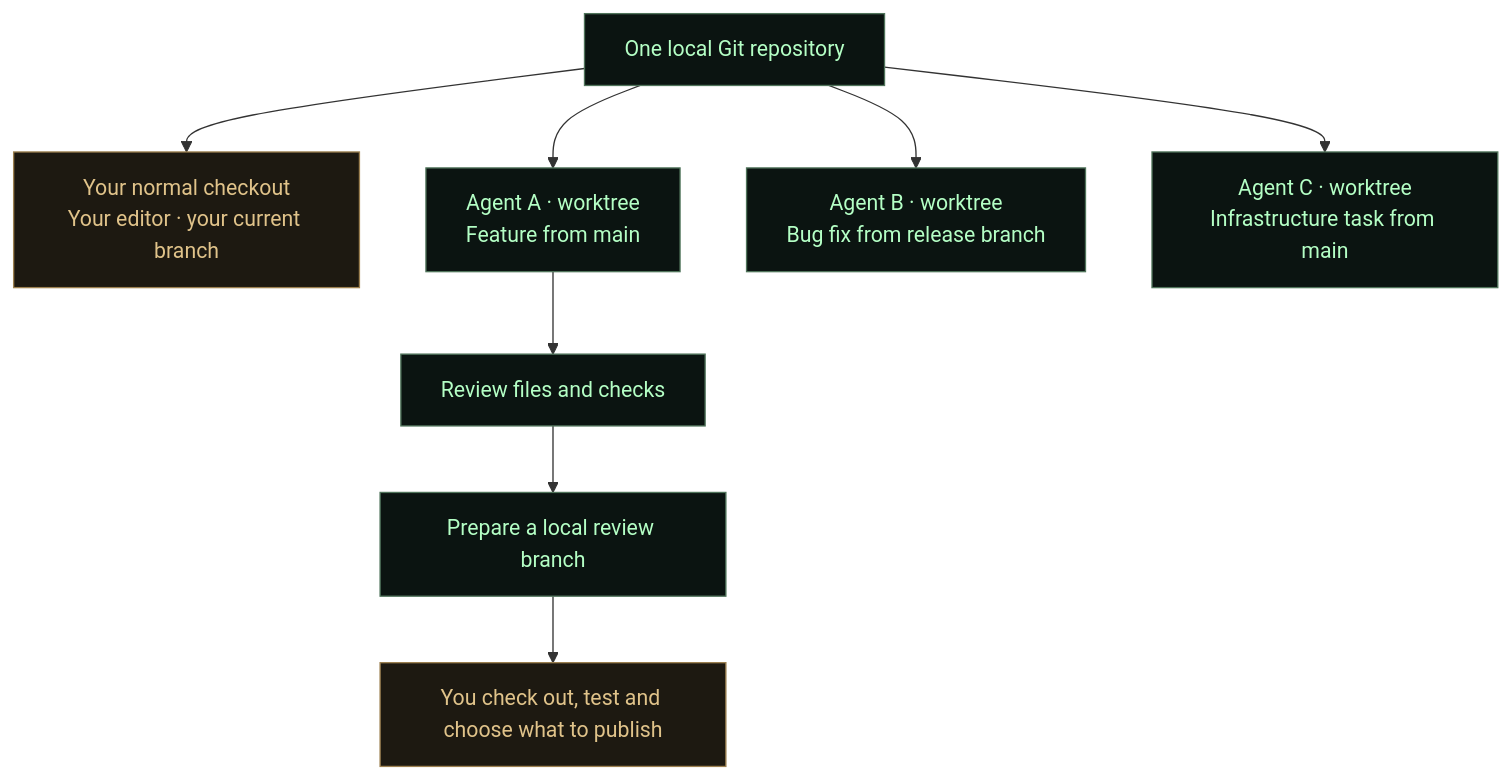
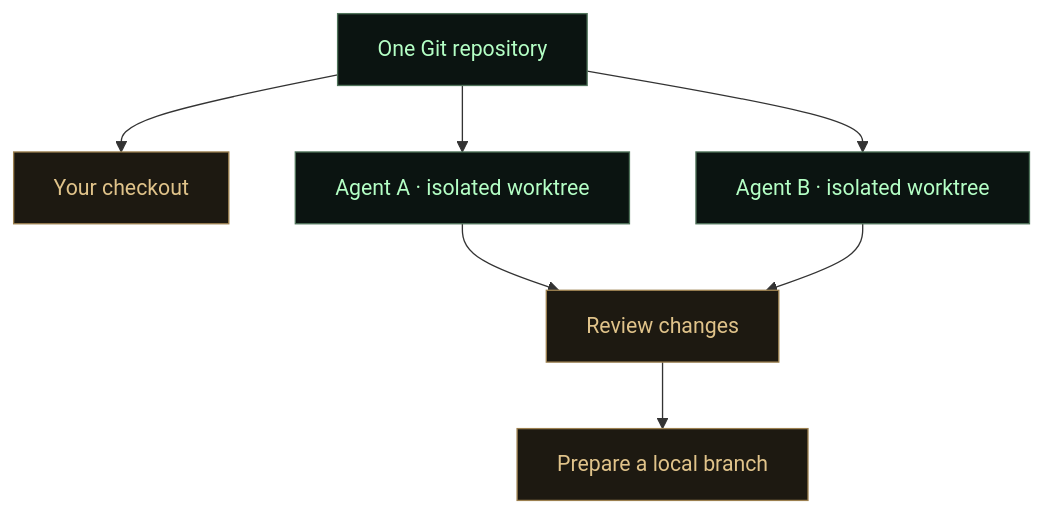
Before and after one commit to micke232/tyrell-agent-management: the diagram in README.md, drawn with Mermaid. The commit also changed other lines of this file, not shown here.

Commit message:
Simplify README around installation and isolated agent work

````diff
--- a/README.md
+++ b/README.md
@@ -122,14 +48,13 @@
 ```mermaid
 flowchart TD
-    repo["One local Git repository"] --> normal["Your normal checkout<br/>Your editor · your current branch"]
-    repo --> a["Agent A · worktree<br/>Feature from main"]
-    repo --> b["Agent B · worktree<br/>Bug fix from release branch"]
-    repo --> c["Agent C · worktree<br/>Infrastructure task from main"]
-    a --> review["Review files and checks"]
-    review --> branch["Prepare a local review branch"]
-    branch --> you["You check out, test and choose what to publish"]
+    repo["One Git repository"] --> normal["Your checkout"]
+    repo --> a["Agent A · isolated worktree"]
+    repo --> b["Agent B · isolated worktree"]
+    a --> review["Review changes"]
+    b --> review
+    review --> branch["Prepare a local branch"]
     classDef system fill:#0b1411,stroke:#50745b,color:#b4ffc5;
     classDef human fill:#1d1911,stroke:#9c8050,color:#e0c38a;
-    class repo,a,b,c,review,branch system;
-    class normal,you human;
+    class repo,a,b system;
+    class normal,review,branch human;
 ```
````
